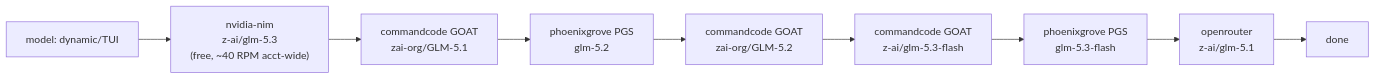
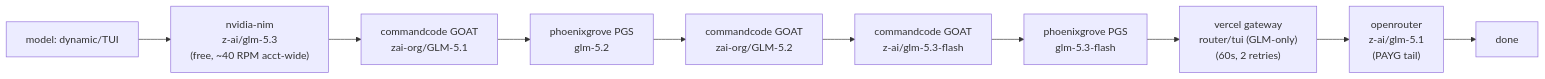
Before and after one commit to phillias/dotfiles: the second of 18 diagrams in dot_agents/skills/provider-catalog/references/ROUTING_TOPOLOGY.md, drawn with Mermaid. The commit also changed other lines of this file, not shown here.

First line of the commit message:
docs(provider-catalog): refresh TUI/high/Vercel flowcharts to 2026-10-25 live state

````diff
--- a/dot_agents/skills/provider-catalog/references/ROUTING_TOPOLOGY.md
+++ b/dot_agents/skills/provider-catalog/references/ROUTING_TOPOLOGY.md
@@ -76,4 +87,4 @@
 ```mermaid
 flowchart LR
-    in["model: dynamic/TUI"] --> n0["nvidia-nim<br/>z-ai/glm-5.3<br/>(free, ~40 RPM acct-wide)"] --> n1["commandcode GOAT<br/>zai-org/GLM-5.1"] --> n2["phoenixgrove PGS<br/>glm-5.2"] --> n3["commandcode GOAT<br/>zai-org/GLM-5.2"] --> n4["commandcode GOAT<br/>z-ai/glm-5.3-flash"] --> n5["phoenixgrove PGS<br/>glm-5.3-flash"] --> n6["openrouter<br/>z-ai/glm-5.1"] --> done[done]
+    in["model: dynamic/TUI"] --> n0["nvidia-nim<br/>z-ai/glm-5.3<br/>(free, ~40 RPM acct-wide)"] --> n1["commandcode GOAT<br/>zai-org/GLM-5.1"] --> n2["phoenixgrove PGS<br/>glm-5.2"] --> n3["commandcode GOAT<br/>zai-org/GLM-5.2"] --> n4["commandcode GOAT<br/>z-ai/glm-5.3-flash"] --> n5["phoenixgrove PGS<br/>glm-5.3-flash"] --> n6["vercel gateway<br/>router/tui (GLM-only)<br/>(60s, 2 retries)"] --> n7["openrouter<br/>z-ai/glm-5.1<br/>(PAYG tail)"] --> done[done]
 ```
````
